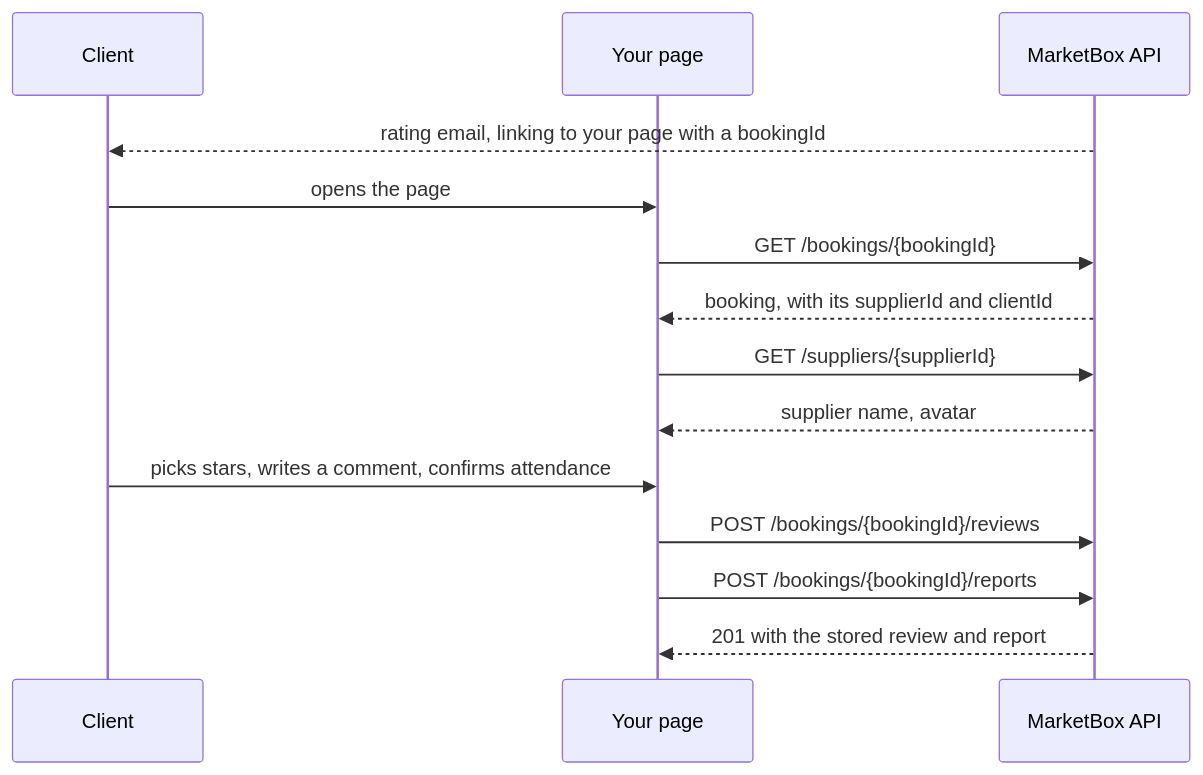
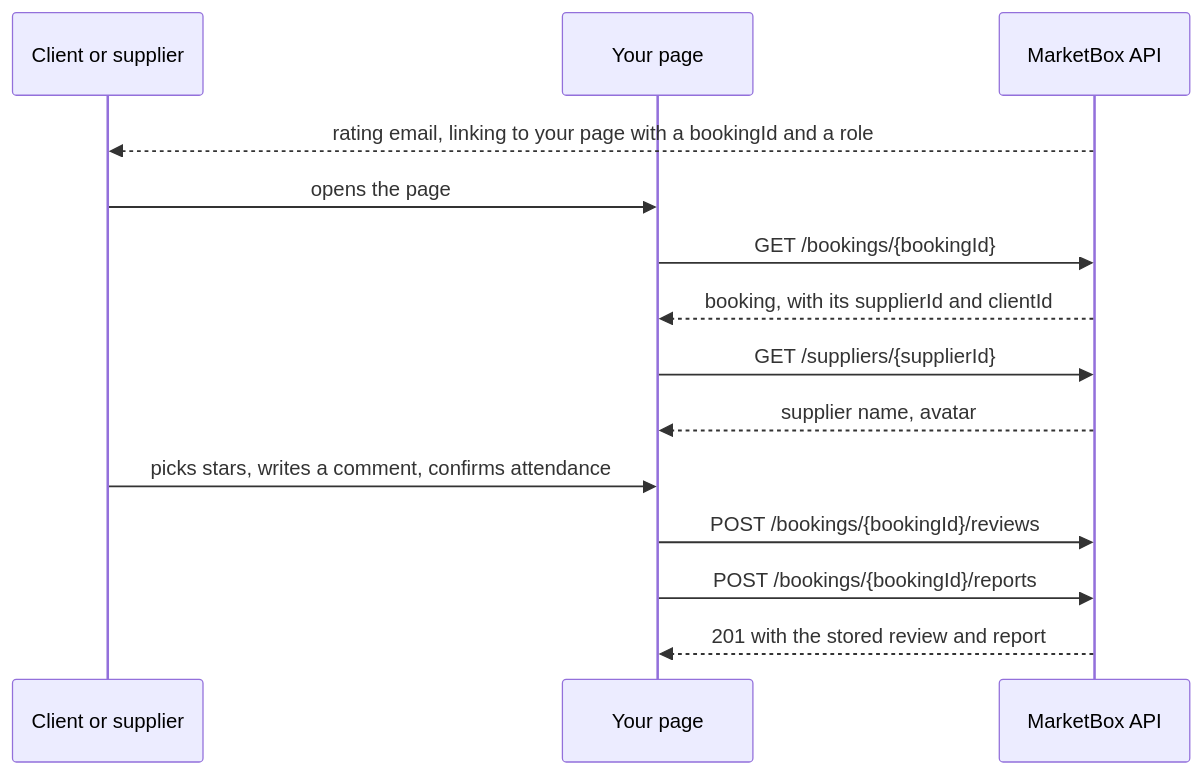
One commit to otahir3/docs changed the diagram in resources/reviews.mdx. Above: the diagram before and after it, drawn with Mermaid. The commit also changed other lines of this file, not shown here.

Commit message:
docs(reviews): document the role query parameter on review links

````diff
--- a/resources/reviews.mdx
+++ b/resources/reviews.mdx
@@ -35,16 +35,16 @@
 ```mermaid
 sequenceDiagram
-    participant C as Client
+    participant C as Client or supplier
     participant P as Your page
     participant M as MarketBox API
-    M-->>C: rating email, linking to your page with a bookingId
+    M-->>C: rating email, linking to your page with a bookingId and a role
     C->>P: opens the page
     P->>M: GET /bookings/{bookingId}
     M-->>P: booking, with its supplierId and clientId
     P->>M: GET /suppliers/{supplierId}
     M-->>P: supplier name, avatar
     C->>P: picks stars, writes a comment, confirms attendance
     P->>M: POST /bookings/{bookingId}/reviews
     P->>M: POST /bookings/{bookingId}/reports
     M-->>P: 201 with the stored review and report
 ```
````
